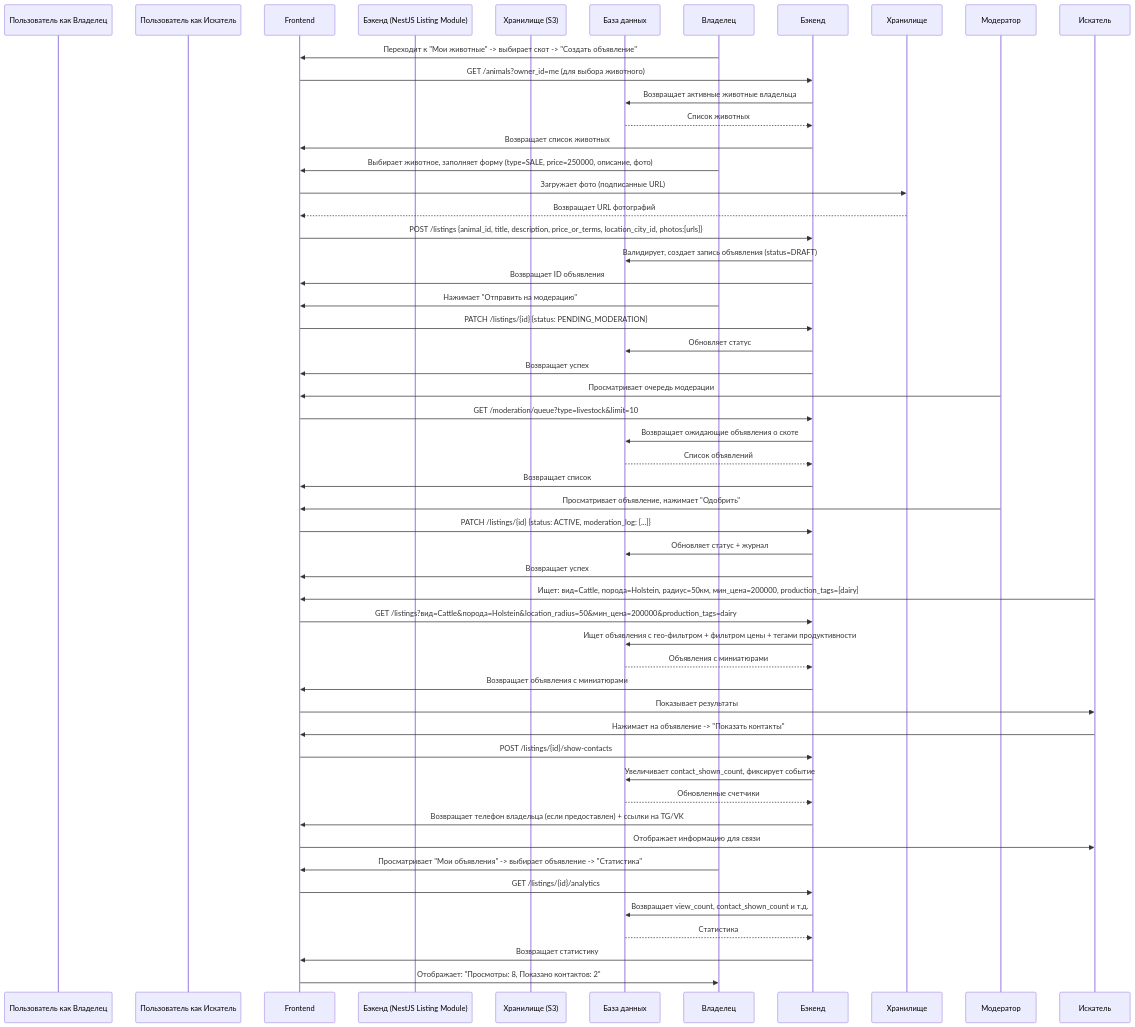
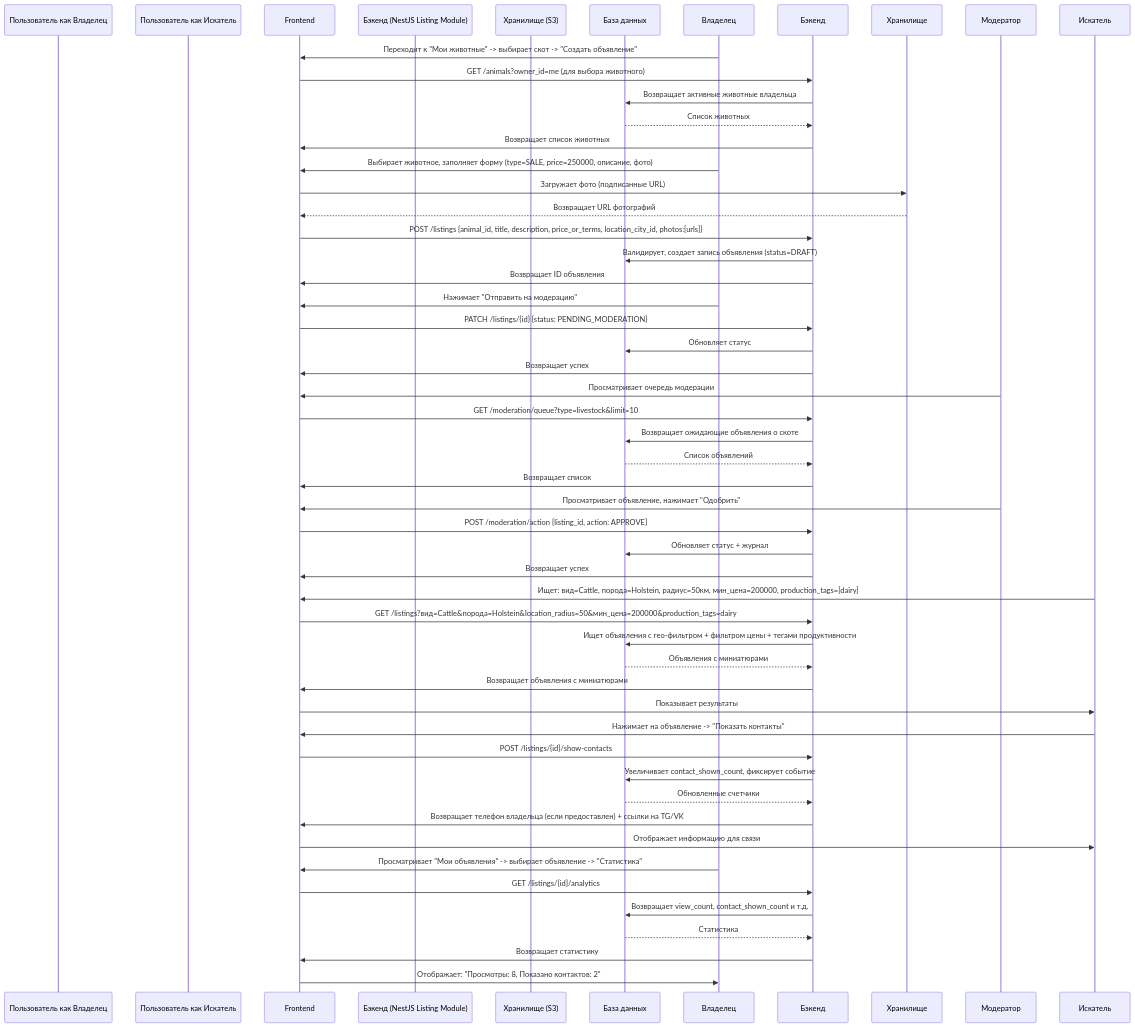
One commit to Aleksandr-Sulimenko/ZooLink changed the diagram in docsRU/02-requirements/business-requirements/livestock-marketplace.md. Above: the diagram before and after it, drawn with Mermaid. The commit also changed other lines of this file and 5 other files, not shown here.

First line of the commit message:
P1: реконсиляция доков (D4 creator_id≡seller_id, D5 moderation_log, M2 traceability)

````diff
--- a/docsRU/02-requirements/business-requirements/livestock-marketplace.md
+++ b/docsRU/02-requirements/business-requirements/livestock-marketplace.md
@@ -202,63 +202,63 @@
 ```mermaid
 sequenceDiagram
  participant Пользователь как Владелец
  participant Пользователь как Искатель
  participant Frontend
  participant Бэкенд (NestJS Listing Module)
  participant Хранилище (S3)
  participant База данных
 
  %% Владелец создает объявление
  Владелец->>Frontend: Переходит к "Мои животные" -> выбирает скот -> "Создать объявление"
  Frontend->>Бэкенд: GET /animals?owner_id=me (для выбора животного)
  Бэкенд->>База данных: Возвращает активные животные владельца
  База данных-->>Бэкенд: Список животных
  Бэкенд->>Frontend: Возвращает список животных
 
  Владелец->>Frontend: Выбирает животное, заполняет форму (type=SALE, price=250000, описание, фото)
  Frontend->>Хранилище: Загружает фото (подписанные URL)
  Хранилище-->>Frontend: Возвращает URL фотографий
  Frontend->>Бэкенд: POST /listings {animal_id, title, description, price_or_terms, location_city_id, photos:[urls]}
  Бэкенд->>База данных: Валидирует, создает запись объявления (status=DRAFT)
  Бэкенд->>Frontend: Возвращает ID объявления
 
  Владелец->>Frontend: Нажимает "Отправить на модерацию"
  Frontend->>Бэкенд: PATCH /listings/{id} {status: PENDING_MODERATION}
  Бэкенд->>База данных: Обновляет статус
  Бэкенд->>Frontend: Возвращает успех
 
  %% Модерация (упрощенно)
  Модератор->>Frontend: Просматривает очередь модерации
  Frontend->>Бэкенд: GET /moderation/queue?type=livestock&limit=10
  Бэкенд->>База данных: Возвращает ожидающие объявления о скоте
  База данных-->>Бэкенд: Список объявлений
  Бэкенд->>Frontend: Возвращает список
 
  Модератор->>Frontend: Просматривает объявление, нажимает "Одобрить"
- Frontend->>Бэкенд: PATCH /listings/{id} {status: ACTIVE, moderation_log: [...]}
+ Frontend->>Бэкенд: POST /moderation/action {listing_id, action: APPROVE}
  Бэкенд->>База данных: Обновляет статус + журнал
  Бэкенд->>Frontend: Возвращает успех
 
  %% Искатель находит объявление
  Искатель->>Frontend: Ищет: вид=Cattle, порода=Holstein, радиус=50км, мин_цена=200000, production_tags=[dairy]
  Frontend->>Бэкенд: GET /listings?вид=Cattle&порода=Holstein&location_radius=50&мин_цена=200000&production_tags=dairy
  Бэкенд->>База данных: Ищет объявления с гео-фильтром + фильтром цены + тегами продуктивности
  База данных-->>Бэкенд: Объявления с миниатюрами
  Бэкенд->>Frontend: Возвращает объявления с миниатюрами
  Frontend->>Искатель: Показывает результаты
 
  Искатель->>Frontend: Нажимает на объявление -> "Показать контакты"
  Frontend->>Бэкенд: POST /listings/{id}/show-contacts
  Бэкенд->>База данных: Увеличивает contact_shown_count, фиксирует событие
  База данных-->>Бэкенд: Обновленные счетчики
  Бэкенд->>Frontend: Возвращает телефон владельца (если предоставлен) + ссылки на TG/VK
  Frontend->>Искатель: Отображает информацию для связи
 
  %% Владелец видит аналитику
  Владелец->>Frontend: Просматривает "Мои объявления" -> выбирает объявление -> "Статистика"
  Frontend->>Бэкенд: GET /listings/{id}/analytics
  Бэкенд->>База данных: Возвращает view_count, contact_shown_count и т.д.
  База данных-->>Бэкенд: Статистика
  Бэкенд->>Frontend: Возвращает статистику
  Frontend->>Владелец: Отображает: "Просмотры: 8, Показано контактов: 2"
 ```
````
